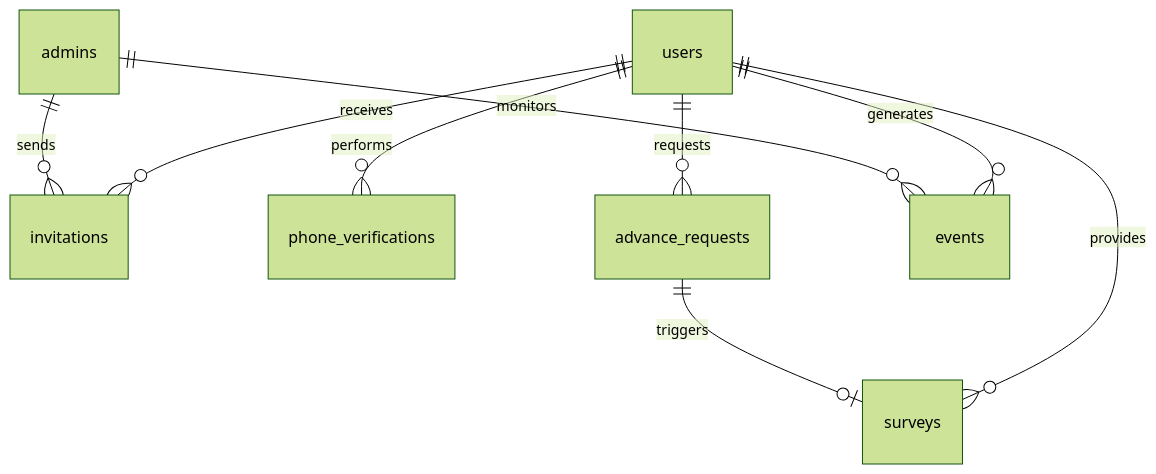
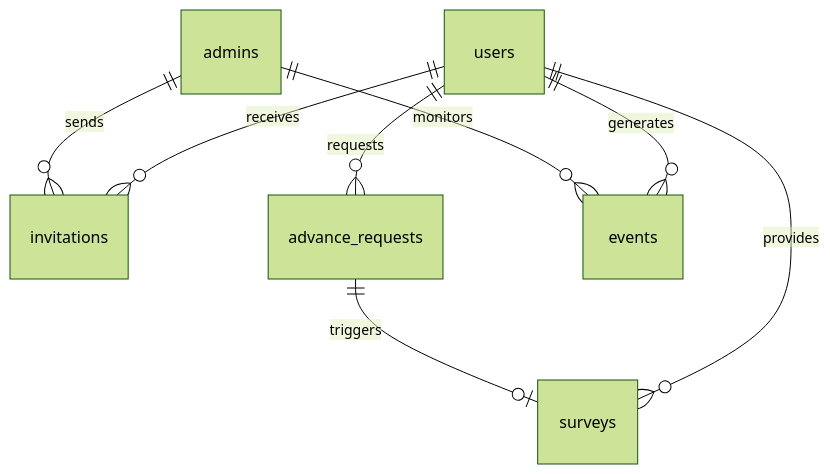
Before and after one commit to sambacarlson/bohikor2-upstream: the diagram in docs/schema.md, drawn with Mermaid (forest theme). The commit also changed other lines of this file and 12 other files, not shown here.

````diff
--- a/docs/schema.md
+++ b/docs/schema.md
@@ -13,11 +13,10 @@
 ```mermaid
 erDiagram
     users ||--o{ invitations : "receives"
-    users ||--o{ phone_verifications : "performs"
     users ||--o{ advance_requests : "requests"
     users ||--o{ events : "generates"
     users ||--o{ surveys : "provides"
     admins ||--o{ invitations : "sends"
     admins ||--o{ events : "monitors"
     advance_requests ||--o| surveys : "triggers"
 ```
````
